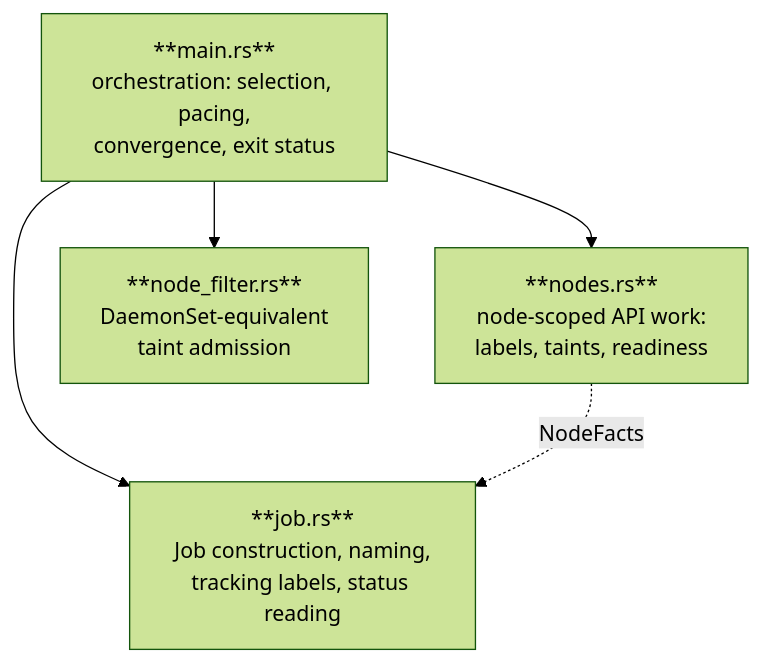
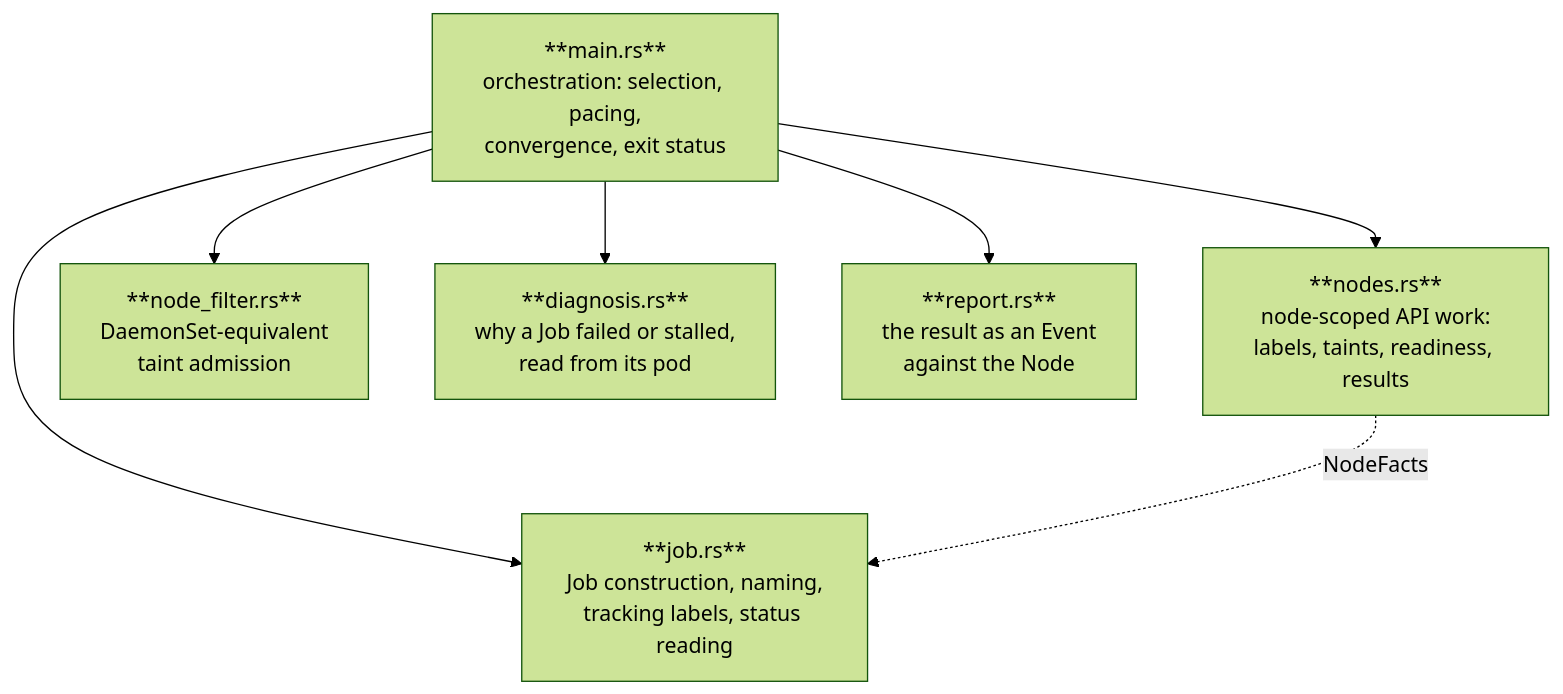
Before and after one commit to fidencio/k8s-job-dispatcher: the first of 3 diagrams in ARCHITECTURE.md, drawn with Mermaid (forest theme). The commit also changed other lines of this file and 1 other file, not shown here.

````diff
--- a/ARCHITECTURE.md
+++ b/ARCHITECTURE.md
@@ -46,12 +46,16 @@
 ```mermaid
 flowchart TB
     main["**main.rs**<br>orchestration: selection, pacing,<br>convergence, exit status"]
     job["**job.rs**<br>Job construction, naming,<br>tracking labels, status reading"]
-    nodes["**nodes.rs**<br>node-scoped API work:<br>labels, taints, readiness"]
+    nodes["**nodes.rs**<br>node-scoped API work:<br>labels, taints, readiness, results"]
     filter["**node_filter.rs**<br>DaemonSet-equivalent<br>taint admission"]
+    diagnosis["**diagnosis.rs**<br>why a Job failed or stalled,<br>read from its pod"]
+    report["**report.rs**<br>the result as an Event<br>against the Node"]
 
     main --> job
     main --> nodes
     main --> filter
+    main --> diagnosis
+    main --> report
     nodes -. "NodeFacts" .-> job
 ```
````
